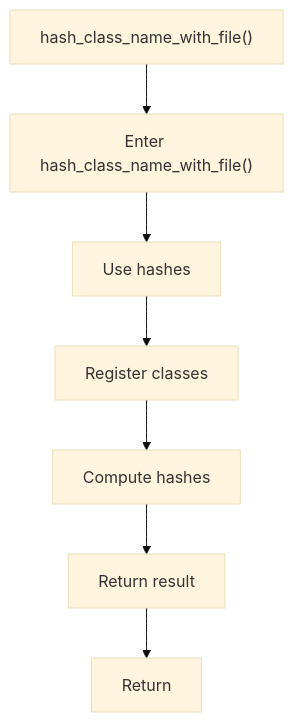
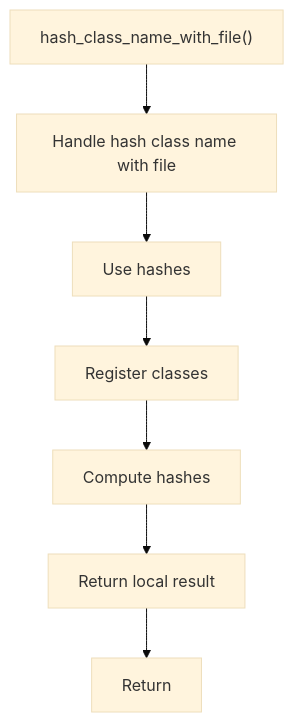
One commit to JohnAndrewBalbarosa/NeoTerritory changed the diagram in docs/Codebase/Microservice/Modules/Source/HashingMechanism/ReverseMerkle/Flow/functions/hash_class_name_with_file.cpp.md. Above: the diagram before and after it, drawn with Mermaid (base theme). The commit also changed other lines of this file and 925 other files, not shown here.

````diff
--- a/docs/Codebase/Microservice/Modules/Source/HashingMechanism/ReverseMerkle/Flow/functions/hash_class_name_with_file.cpp.md
+++ b/docs/Codebase/Microservice/Modules/Source/HashingMechanism/ReverseMerkle/Flow/functions/hash_class_name_with_file.cpp.md
@@ -19,16 +19,16 @@
 ```mermaid
 flowchart TD
     Start["hash_class_name_with_file()"]
-    N0["Enter hash_class_name_with_file()"]
+    N0["Handle hash class name with file"]
     N1["Use hashes"]
     N2["Register classes"]
     N3["Compute hashes"]
-    N4["Return result"]
+    N4["Return local result"]
     End["Return"]
     Start --> N0
     N0 --> N1
     N1 --> N2
     N2 --> N3
     N3 --> N4
     N4 --> End
 ```
````
